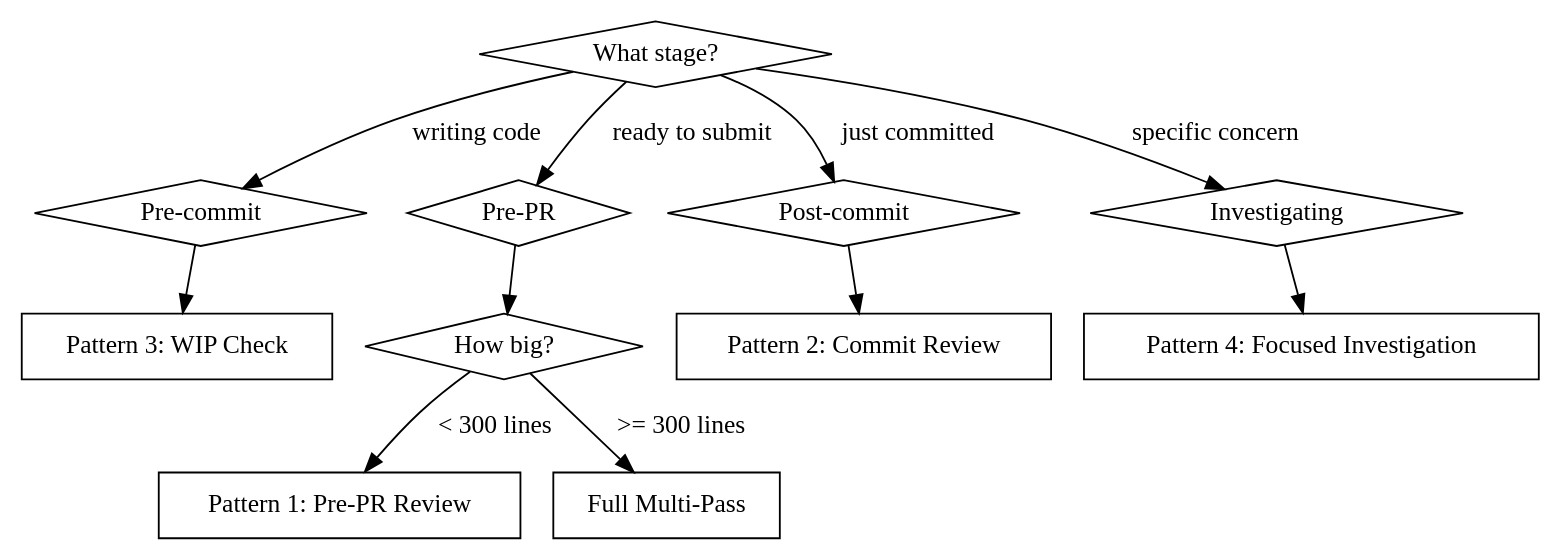
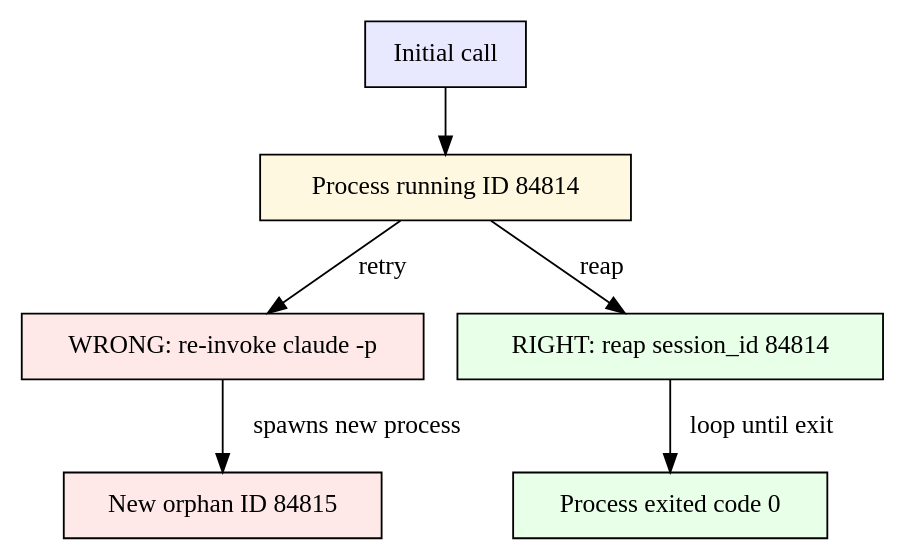
Before and after one commit to hyperb1iss/hyperskills: the diagram in skills/cross-model-review/SKILL.md, drawn with Graphviz. The commit also changed other lines of this file and 5 other files, not shown here.

````diff
--- a/skills/cross-model-review/SKILL.md
+++ b/skills/cross-model-review/SKILL.md
@@ -231,21 +54,19 @@
 ```dot
-digraph review_decision {
+digraph reap {
     rankdir=TB;
-    node [shape=diamond];
+    node [shape=box];
 
-    "What stage?" -> "Pre-commit" [label="writing code"];
-    "What stage?" -> "Pre-PR" [label="ready to submit"];
-    "What stage?" -> "Post-commit" [label="just committed"];
-    "What stage?" -> "Investigating" [label="specific concern"];
+    "Initial call" [style=filled, fillcolor="#e8e8ff"];
+    "Process running ID 84814" [style=filled, fillcolor="#fff8e0"];
+    "WRONG: re-invoke claude -p" [style=filled, fillcolor="#ffe8e8"];
+    "RIGHT: reap session_id 84814" [style=filled, fillcolor="#e8ffe8"];
+    "Process exited code 0" [style=filled, fillcolor="#e8ffe8"];
+    "New orphan ID 84815" [style=filled, fillcolor="#ffe8e8"];
 
-    node [shape=box];
-    "Pre-commit" -> "Pattern 3: WIP Check";
-    "Pre-PR" -> "How big?";
-    "Post-commit" -> "Pattern 2: Commit Review";
-    "Investigating" -> "Pattern 4: Focused Investigation";
-
-    "How big?" [shape=diamond];
-    "How big?" -> "Pattern 1: Pre-PR Review" [label="< 300 lines"];
-    "How big?" -> "Full Multi-Pass" [label=">= 300 lines"];
+    "Initial call" -> "Process running ID 84814";
+    "Process running ID 84814" -> "WRONG: re-invoke claude -p" [label="retry"];
+    "Process running ID 84814" -> "RIGHT: reap session_id 84814" [label="reap"];
+    "WRONG: re-invoke claude -p" -> "New orphan ID 84815" [label="spawns new process"];
+    "RIGHT: reap session_id 84814" -> "Process exited code 0" [label="loop until exit"];
 }
 ```
````
